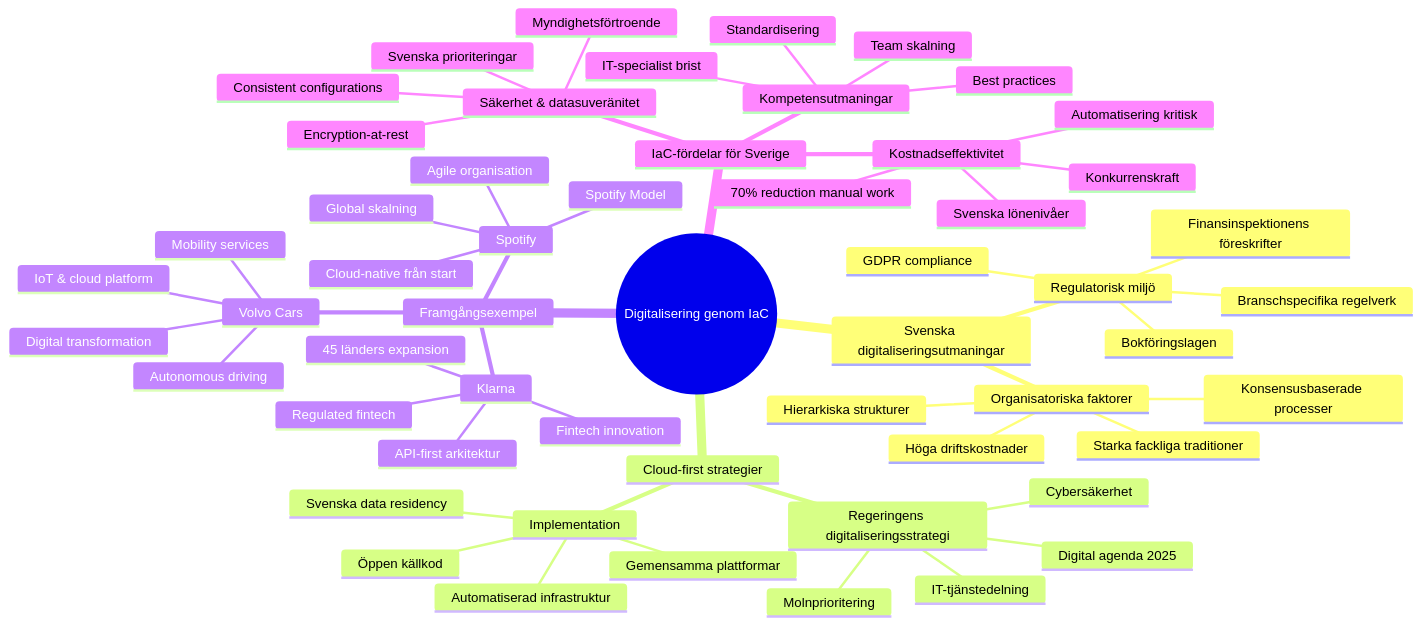
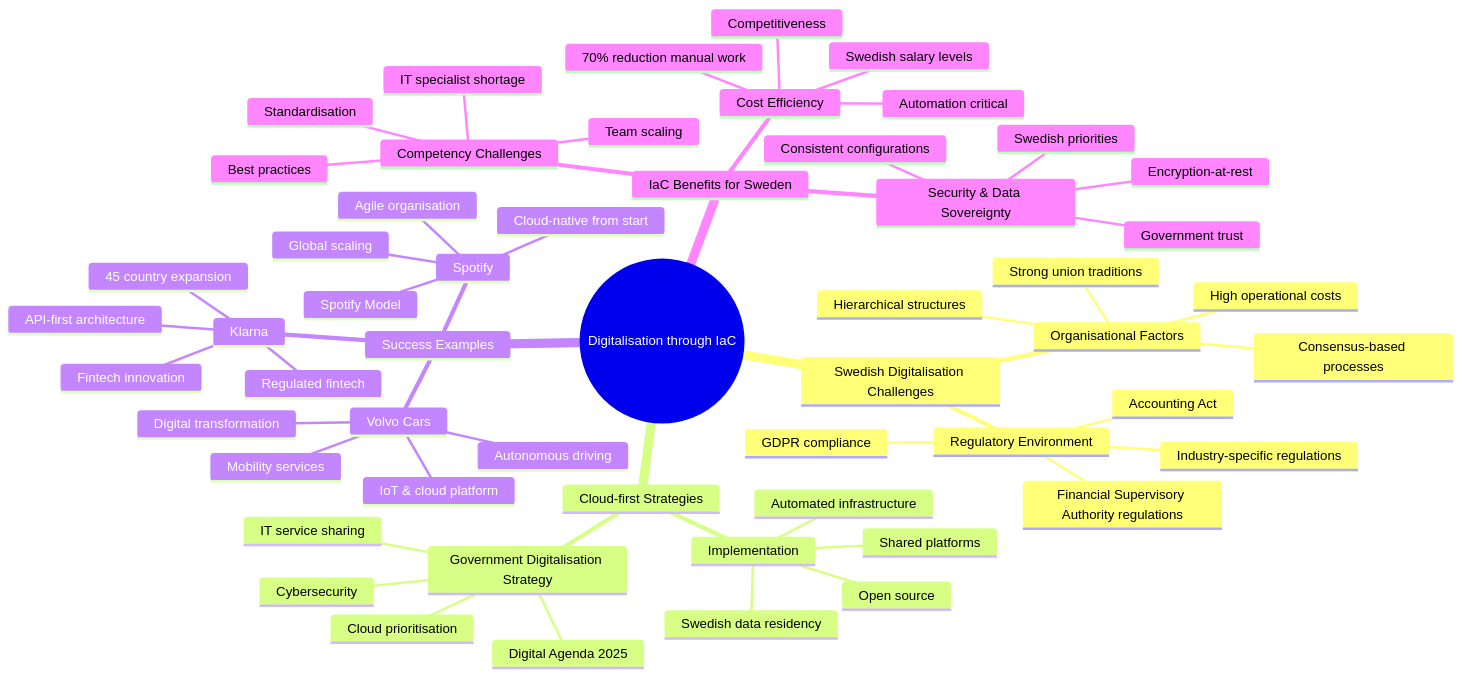
Before and after one commit to Geonitab/architecture_as_code: the diagram in docs/images/mindmap_19_digitalization.mmd, drawn with Mermaid. The commit also changed 11 other files, not shown here.

Commit message:
Translate Swedish text in Mermaid diagrams to English

```diff
--- a/docs/images/mindmap_19_digitalization.mmd
+++ b/docs/images/mindmap_19_digitalization.mmd
@@ -1,56 +1,56 @@
 mindmap
-  root((Digitalisering genom IaC))
-    Svenska digitaliseringsutmaningar
-      Regulatorisk miljö
+  root((Digitalisation through IaC))
+    Swedish Digitalisation Challenges
+      Regulatory Environment
         GDPR compliance
-        Bokföringslagen
-        Finansinspektionens föreskrifter
-        Branschspecifika regelverk
-      Organisatoriska faktorer
-        Starka fackliga traditioner
-        Konsensusbaserade processer
-        Hierarkiska strukturer
-        Höga driftskostnader
-    Cloud-first strategier
-      Regeringens digitaliseringsstrategi
-        Digital agenda 2025
-        Molnprioritering
-        IT-tjänstedelning
-        Cybersäkerhet
+        Accounting Act
+        Financial Supervisory Authority regulations
+        Industry-specific regulations
+      Organisational Factors
+        Strong union traditions
+        Consensus-based processes
+        Hierarchical structures
+        High operational costs
+    Cloud-first Strategies
+      Government Digitalisation Strategy
+        Digital Agenda 2025
+        Cloud prioritisation
+        IT service sharing
+        Cybersecurity
       Implementation
-        Automatiserad infrastruktur
-        Gemensamma plattformar
-        Öppen källkod
-        Svenska data residency
-    Framgångsexempel
+        Automated infrastructure
+        Shared platforms
+        Open source
+        Swedish data residency
+    Success Examples
       Spotify
-        Cloud-native från start
-        Global skalning
+        Cloud-native from start
+        Global scaling
         Agile organisation
         Spotify Model
       Klarna
-        API-first arkitektur
+        API-first architecture
         Regulated fintech
-        45 länders expansion
+        45 country expansion
         Fintech innovation
       Volvo Cars
         Digital transformation
         IoT & cloud platform
         Mobility services
         Autonomous driving
-    IaC-fördelar för Sverige
-      Kostnadseffektivitet
+    IaC Benefits for Sweden
+      Cost Efficiency
         70% reduction manual work
-        Automatisering kritisk
-        Svenska lönenivåer
-        Konkurrenskraft
-      Kompetensutmaningar
-        IT-specialist brist
-        Standardisering
-        Team skalning
+        Automation critical
+        Swedish salary levels
+        Competitiveness
+      Competency Challenges
+        IT specialist shortage
+        Standardisation
+        Team scaling
         Best practices
-      Säkerhet & datasuveränitet
-        Svenska prioriteringar
+      Security & Data Sovereignty
+        Swedish priorities
         Consistent configurations
         Encryption-at-rest
-        Myndighetsförtroende
+        Government trust
```
